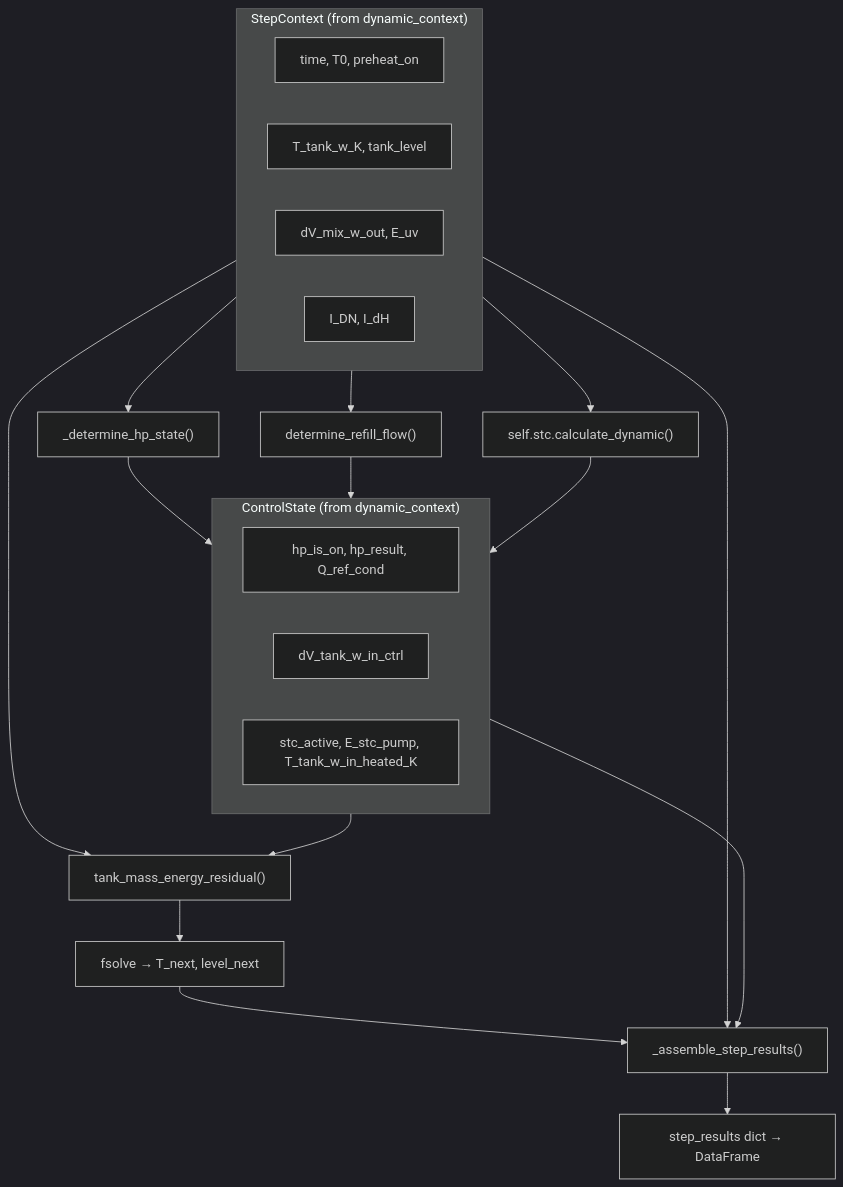
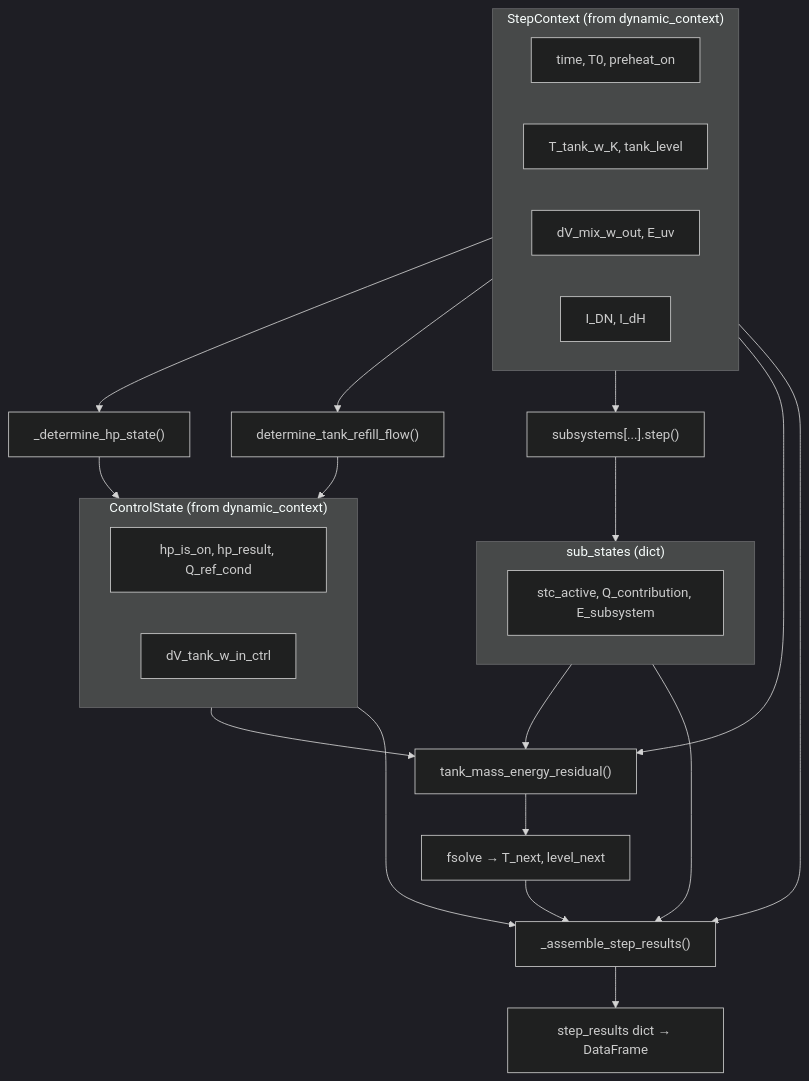
The second of 2 diagrams in docs/guides/air_source_heat_pump_boiler.md (bet-lab/enex_analysis_engine), drawn with Mermaid (dark theme) before and after one commit. The commit also changed other lines of this file and 3 other files, not shown here.

Commit message:
feat: introduce Subsystem protocol with `step()` method for modular component state management and update STC to conform.

````diff
--- a/docs/guides/air_source_heat_pump_boiler.md
+++ b/docs/guides/air_source_heat_pump_boiler.md
@@ -63,34 +63,40 @@
 ```mermaid
 flowchart TD
     subgraph CTX["StepContext (from dynamic_context)"]
         direction LR
         C1["time, T0, preheat_on"]
         C2["T_tank_w_K, tank_level"]
         C3["dV_mix_w_out, E_uv"]
         C4["I_DN, I_dH"]
     end
 
     CTX --> A1["_determine_hp_state()"]
-    CTX --> A2["determine_refill_flow()"]
-    CTX --> A3["self.stc.calculate_dynamic()"]
+    CTX --> A2["determine_tank_refill_flow()"]
+    CTX --> A3["subsystems[...].step()"]
 
     subgraph CTRL["ControlState (from dynamic_context)"]
         direction LR
         S1["hp_is_on, hp_result, Q_ref_cond"]
         S2["dV_tank_w_in_ctrl"]
-        S3["stc_active, E_stc_pump, T_tank_w_in_heated_K"]
+    end
+    
+    subgraph SUBS["sub_states (dict)"]
+        direction LR
+        S3["stc_active, Q_contribution, E_subsystem"]
     end
 
     A1 --> CTRL
     A2 --> CTRL
-    A3 --> CTRL
+    A3 --> SUBS
 
     CTX --> B["tank_mass_energy_residual()"]
     CTRL --> B
+    SUBS --> B
     B --> SOLVE["fsolve → T_next, level_next"]
 
     SOLVE --> C["_assemble_step_results()"]
     CTX --> C
     CTRL --> C
+    SUBS --> C
     C --> OUT["step_results dict → DataFrame"]
 ```
````
